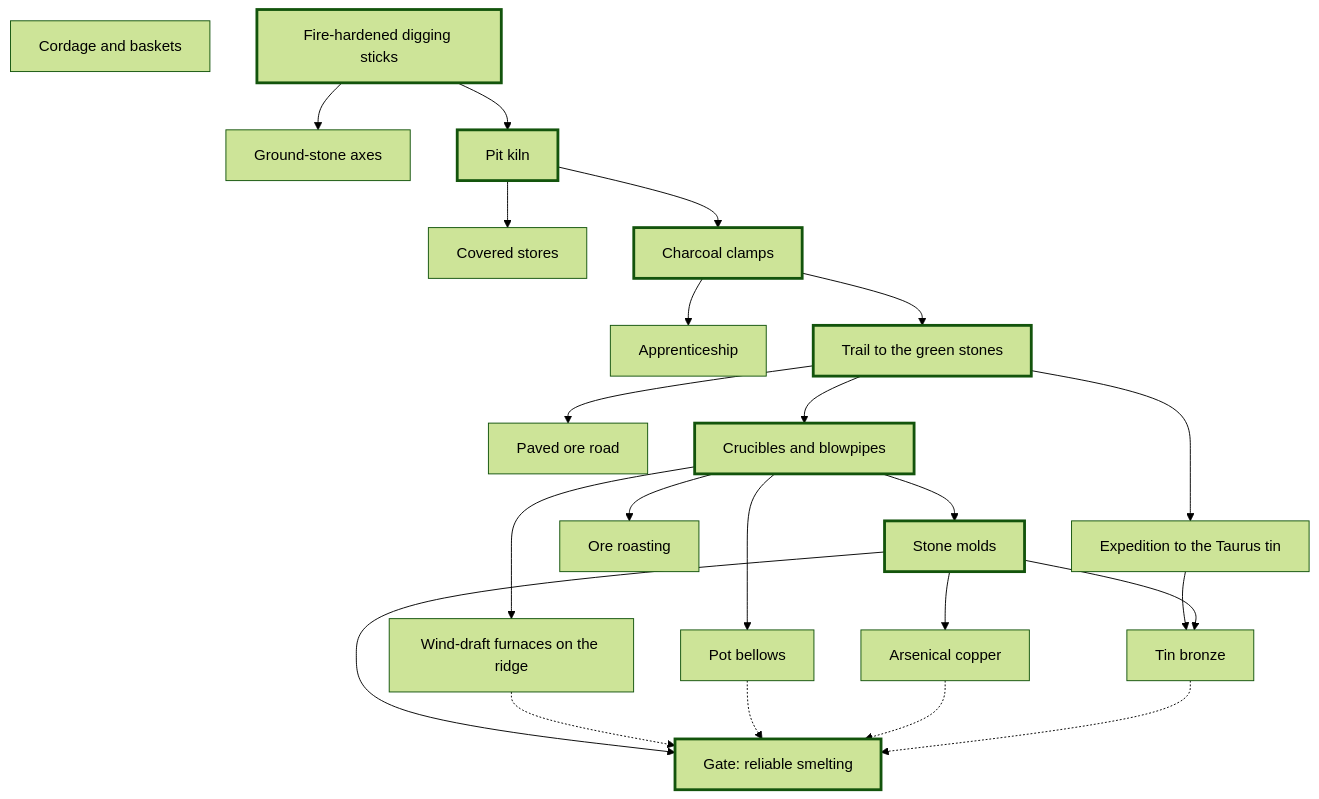
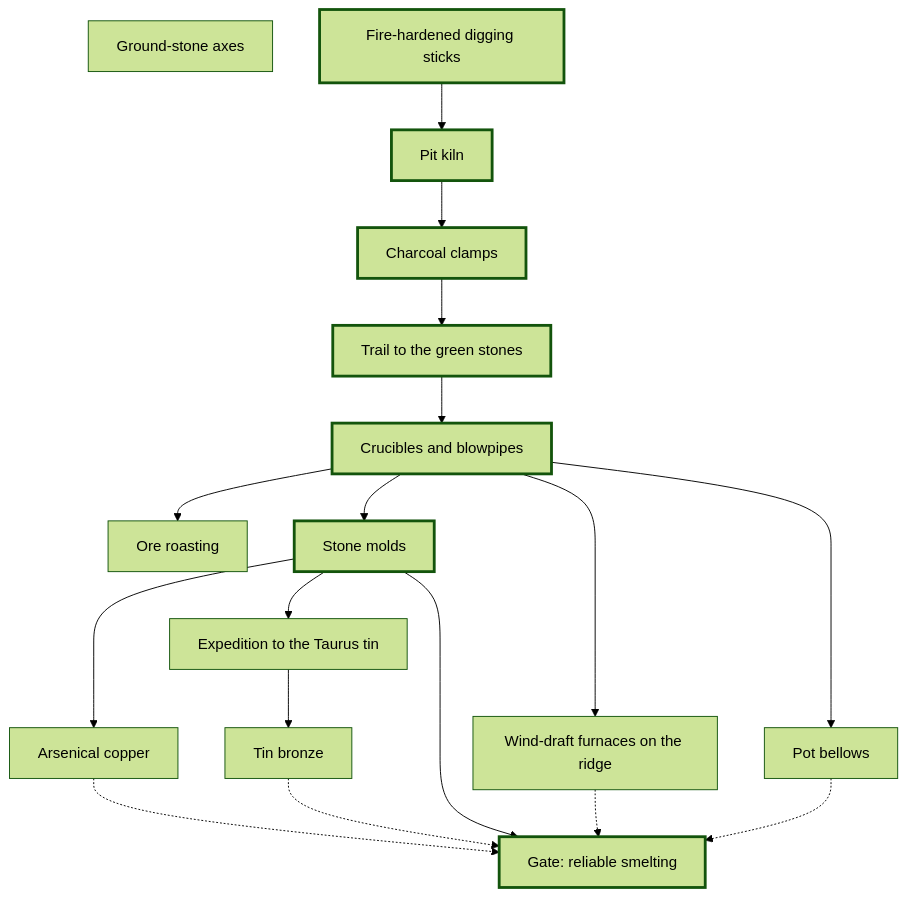
Before and after one commit to joethechickenguy/repo_for_claude: the first of 6 diagrams in tech-tree/generated/dependencies.md, drawn with Mermaid (forest theme). The commit also changed other lines of this file and 24 other files, not shown here.

````diff
--- a/tech-tree/generated/dependencies.md
+++ b/tech-tree/generated/dependencies.md
@@ -9,44 +34,35 @@
 ```mermaid
 flowchart TD
-  cordage_baskets["Cordage and baskets"]
+  ground_stone_axes["Ground-stone axes"]
   digging_sticks["Fire-hardened digging sticks"]
-  ground_stone_axes["Ground-stone axes"]
-  digging_sticks --> ground_stone_axes
   pit_kiln["Pit kiln"]
   digging_sticks --> pit_kiln
-  covered_stores["Covered stores"]
-  pit_kiln --> covered_stores
   charcoal_clamps["Charcoal clamps"]
   pit_kiln --> charcoal_clamps
-  apprentice_system["Apprenticeship"]
-  charcoal_clamps --> apprentice_system
   trail_green_stones["Trail to the green stones"]
   charcoal_clamps --> trail_green_stones
-  ore_road["Paved ore road"]
-  trail_green_stones --> ore_road
   crucibles_blowpipes["Crucibles and blowpipes"]
   trail_green_stones --> crucibles_blowpipes
+  ore_roasting["Ore roasting"]
+  crucibles_blowpipes --> ore_roasting
   stone_molds["Stone molds"]
   crucibles_blowpipes --> stone_molds
   wind_furnaces["Wind-draft furnaces on the ridge"]
   crucibles_blowpipes --> wind_furnaces
   pot_bellows["Pot bellows"]
   crucibles_blowpipes --> pot_bellows
-  ore_roasting["Ore roasting"]
-  crucibles_blowpipes --> ore_roasting
   arsenical_copper["Arsenical copper"]
   stone_molds --> arsenical_copper
   tin_survey_kestel["Expedition to the Taurus tin"]
-  trail_green_stones --> tin_survey_kestel
+  stone_molds --> tin_survey_kestel
   tin_bronze["Tin bronze"]
   tin_survey_kestel --> tin_bronze
-  stone_molds --> tin_bronze
   gate_reliable_smelting["Gate: reliable smelting"]
   stone_molds --> gate_reliable_smelting
   wind_furnaces -.-> gate_reliable_smelting
   pot_bellows -.-> gate_reliable_smelting
   arsenical_copper -.-> gate_reliable_smelting
   tin_bronze -.-> gate_reliable_smelting
   classDef crit stroke-width:3px
   class digging_sticks,pit_kiln,charcoal_clamps,trail_green_stones,crucibles_blowpipes,stone_molds,gate_reliable_smelting crit
 ```
````
